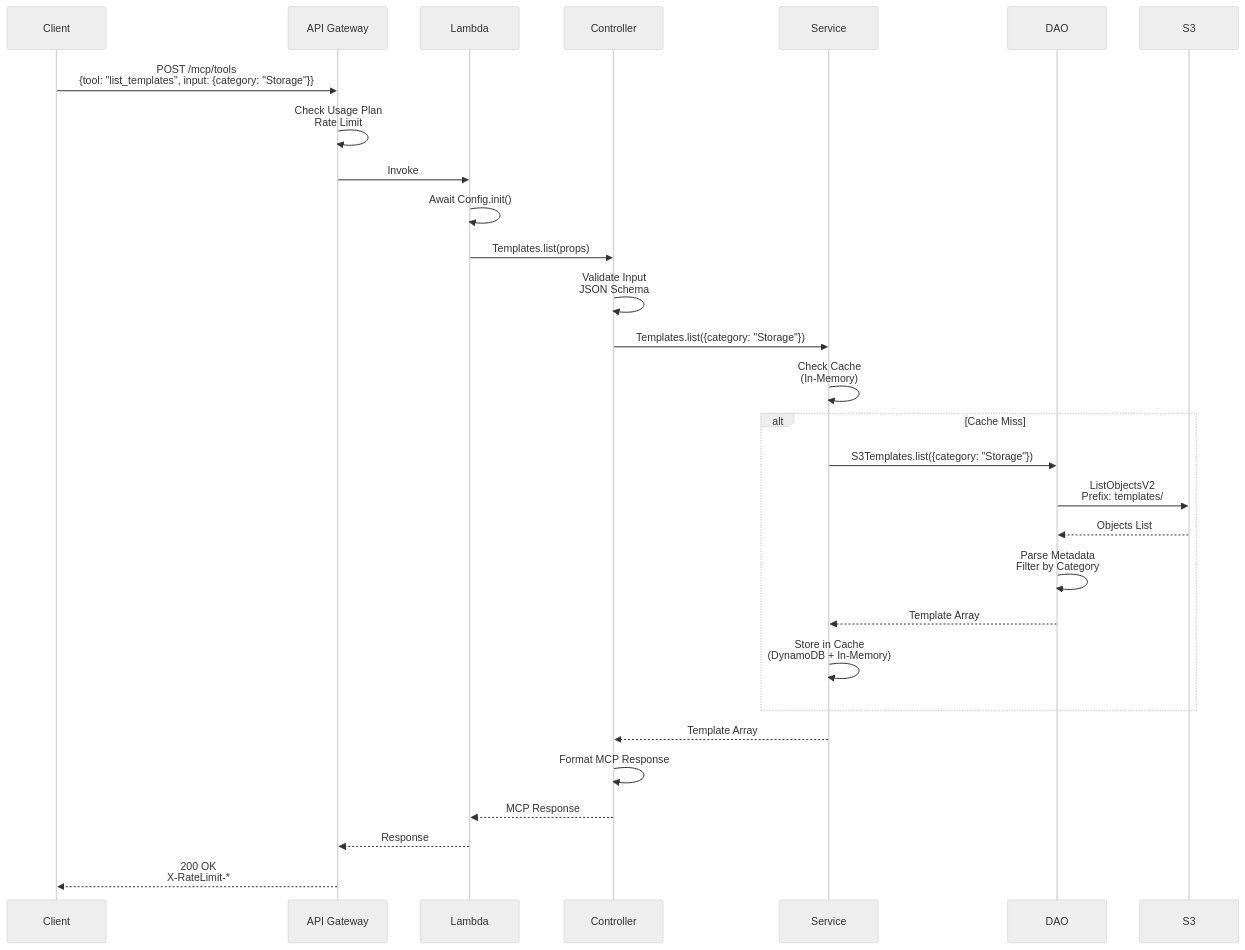
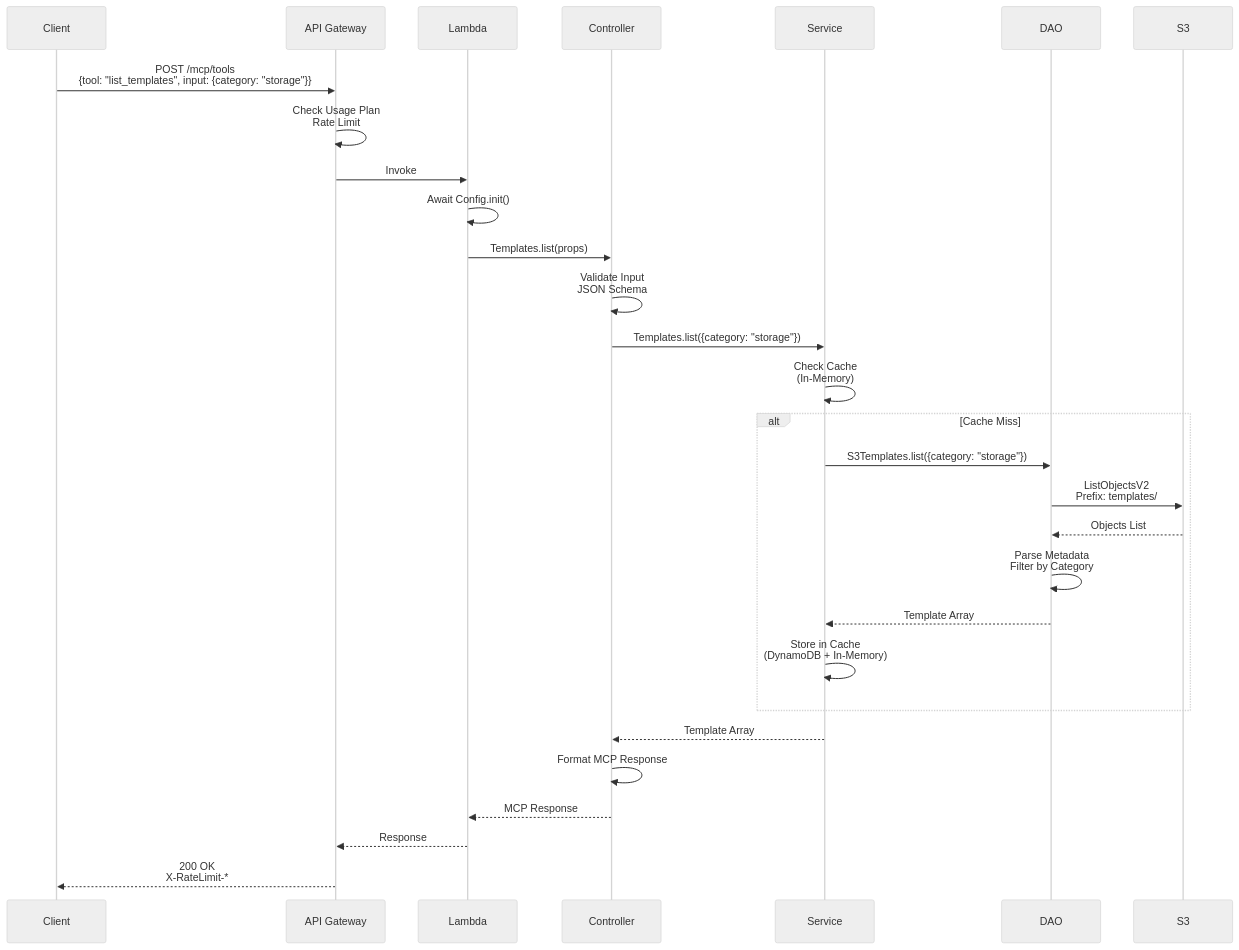
One commit to 63Klabs/atlantis-mcp changed the third of 5 diagrams in .kiro/specs/0-0-1-atlantis-mcp-phase-1-core-read-only/design.md. Above: the diagram before and after it, drawn with Mermaid (neutral theme). The commit also changed other lines of this file and 67 other files, not shown here.

````diff
--- a/.kiro/specs/0-0-1-atlantis-mcp-phase-1-core-read-only/design.md
+++ b/.kiro/specs/0-0-1-atlantis-mcp-phase-1-core-read-only/design.md
@@ -2219,32 +2219,32 @@
 ```mermaid
 sequenceDiagram
     participant Client
     participant APIGW as API Gateway
     participant Lambda
     participant Controller
     participant Service
     participant DAO
     participant S3
 
-    Client->>APIGW: POST /mcp/tools<br/>{tool: "list_templates", input: {category: "Storage"}}
+    Client->>APIGW: POST /mcp/tools<br/>{tool: "list_templates", input: {category: "storage"}}
     APIGW->>APIGW: Check Usage Plan<br/>Rate Limit
     APIGW->>Lambda: Invoke
     Lambda->>Lambda: Await Config.init()
     Lambda->>Controller: Templates.list(props)
     Controller->>Controller: Validate Input<br/>JSON Schema
-    Controller->>Service: Templates.list({category: "Storage"})
+    Controller->>Service: Templates.list({category: "storage"})
     Service->>Service: Check Cache<br/>(In-Memory)
     alt Cache Miss
-        Service->>DAO: S3Templates.list({category: "Storage"})
+        Service->>DAO: S3Templates.list({category: "storage"})
         DAO->>S3: ListObjectsV2<br/>Prefix: templates/
         S3-->>DAO: Objects List
         DAO->>DAO: Parse Metadata<br/>Filter by Category
         DAO-->>Service: Template Array
         Service->>Service: Store in Cache<br/>(DynamoDB + In-Memory)
     end
     Service-->>Controller: Template Array
     Controller->>Controller: Format MCP Response
     Controller-->>Lambda: MCP Response
     Lambda-->>APIGW: Response
     APIGW-->>Client: 200 OK<br/>X-RateLimit-*
 ```
````
